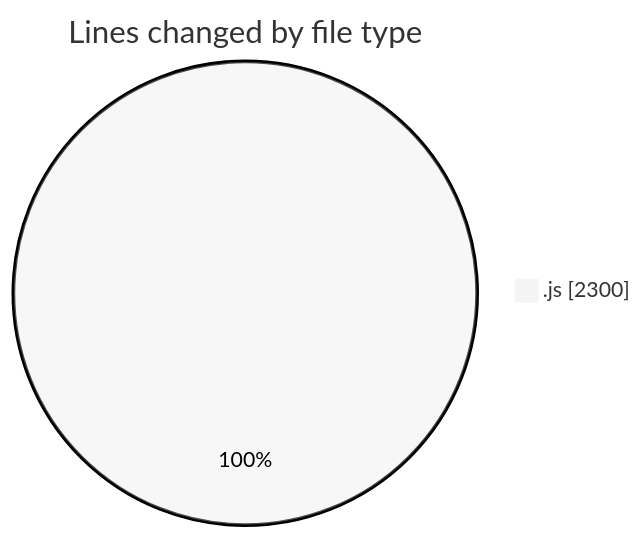
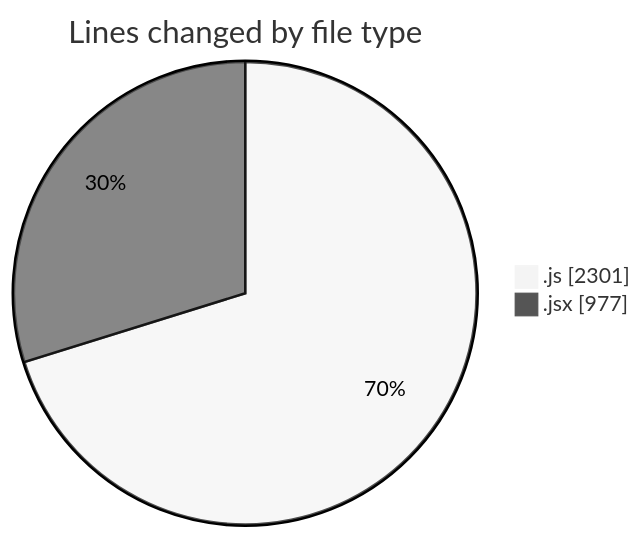
Before and after one commit to nxtqubesakshisongat/code-tracking: the first of 2 diagrams in 2025-08-13/nxtqube_webapp/README.md, drawn with Mermaid (neutral theme). The commit also changed other lines of this file and 1 other file, not shown here.

````diff
--- a/2025-08-13/nxtqube_webapp/README.md
+++ b/2025-08-13/nxtqube_webapp/README.md
@@ -20,5 +22,6 @@
 ```mermaid
 pie showData
 title Lines changed by file type
-".js" : 2300
+".js" : 2301
+".jsx" : 977
 ```
````
